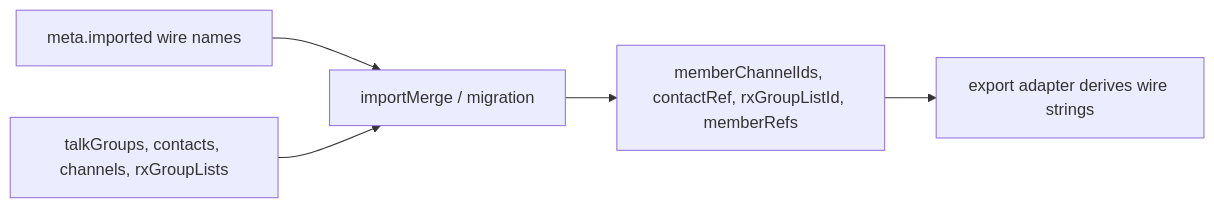
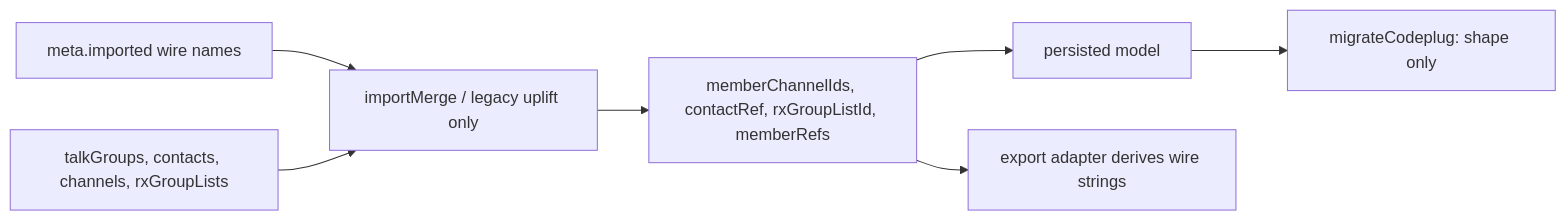
One commit to pskillen/opengd77-map changed the second of 2 diagrams in docs/features/data-model/README.md. Above: the diagram before and after it, drawn with Mermaid. The commit also changed other lines of this file and 3 other files, not shown here.

First line of the commit message:
docs: provenance is merge metadata not load-time source of truth

````diff
--- a/docs/features/data-model/README.md
+++ b/docs/features/data-model/README.md
@@ -229,7 +229,9 @@
 ```mermaid
 flowchart LR
-  Prov["meta.imported wire names"] --> Resolve["importMerge / migration"]
+  Prov["meta.imported wire names"] --> Resolve["importMerge / legacy uplift only"]
   Entities["talkGroups, contacts, channels, rxGroupLists"] --> Resolve
   Resolve --> Ids["memberChannelIds, contactRef, rxGroupListId, memberRefs"]
+  Ids --> Persist["persisted model"]
+  Persist --> Load["migrateCodeplug: shape only"]
   Ids --> Export["export adapter derives wire strings"]
 ```
````
